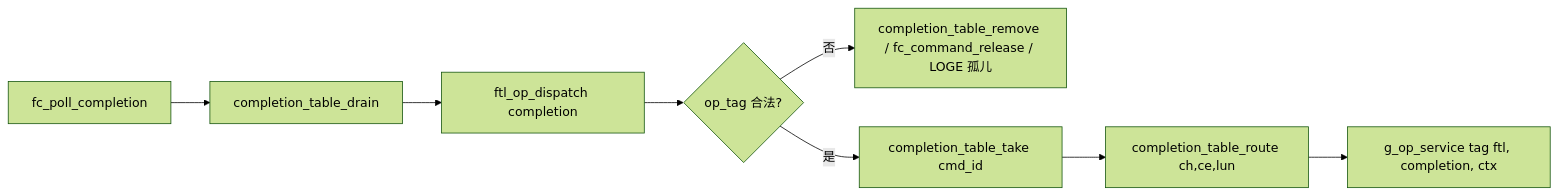
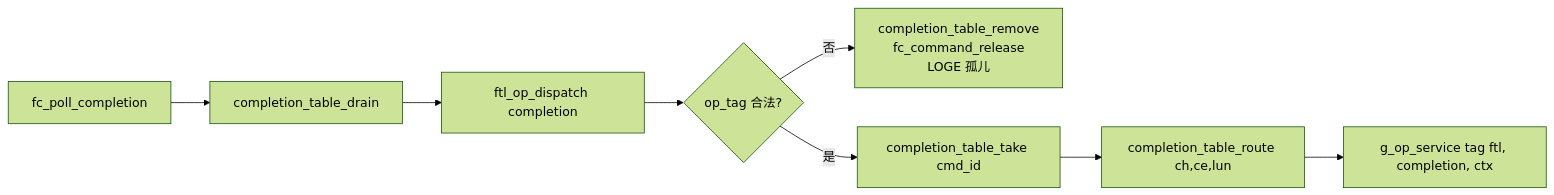
Before and after one commit to YzYMIAO/BASESSD: diagram 14 of 28 in docs/design/ftl_design.md, drawn with Mermaid (forest theme). The commit also changed other lines of this file, not shown here.

First line of the commit message:
docs(ftl): 恢复 <br/>、清理 stateDiagram 标签

````diff
--- a/docs/design/ftl_design.md
+++ b/docs/design/ftl_design.md
@@ -2145,10 +2145,10 @@
 ```mermaid
 flowchart LR
     A["fc_poll_completion"] --> B["completion_table_drain"]
     B --> C["ftl_op_dispatch completion"]
     C --> D{"op_tag 合法?"}
-    D -- "否" --> E["completion_table_remove / fc_command_release / LOGE 孤儿"]
+    D -- "否" --> E["completion_table_remove<br/>fc_command_release<br/>LOGE 孤儿"]
     D -- "是" --> F["completion_table_take cmd_id"]
     F --> G["completion_table_route ch,ce,lun"]
     G --> H["g_op_service tag ftl, completion, ctx"]
 ```
````
